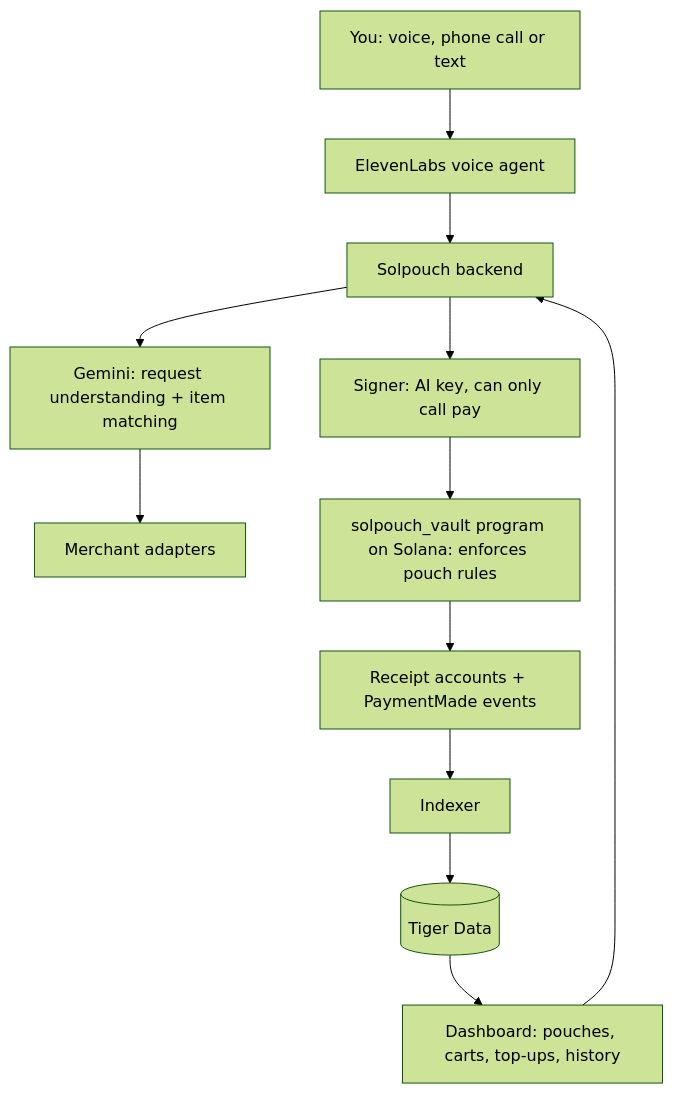
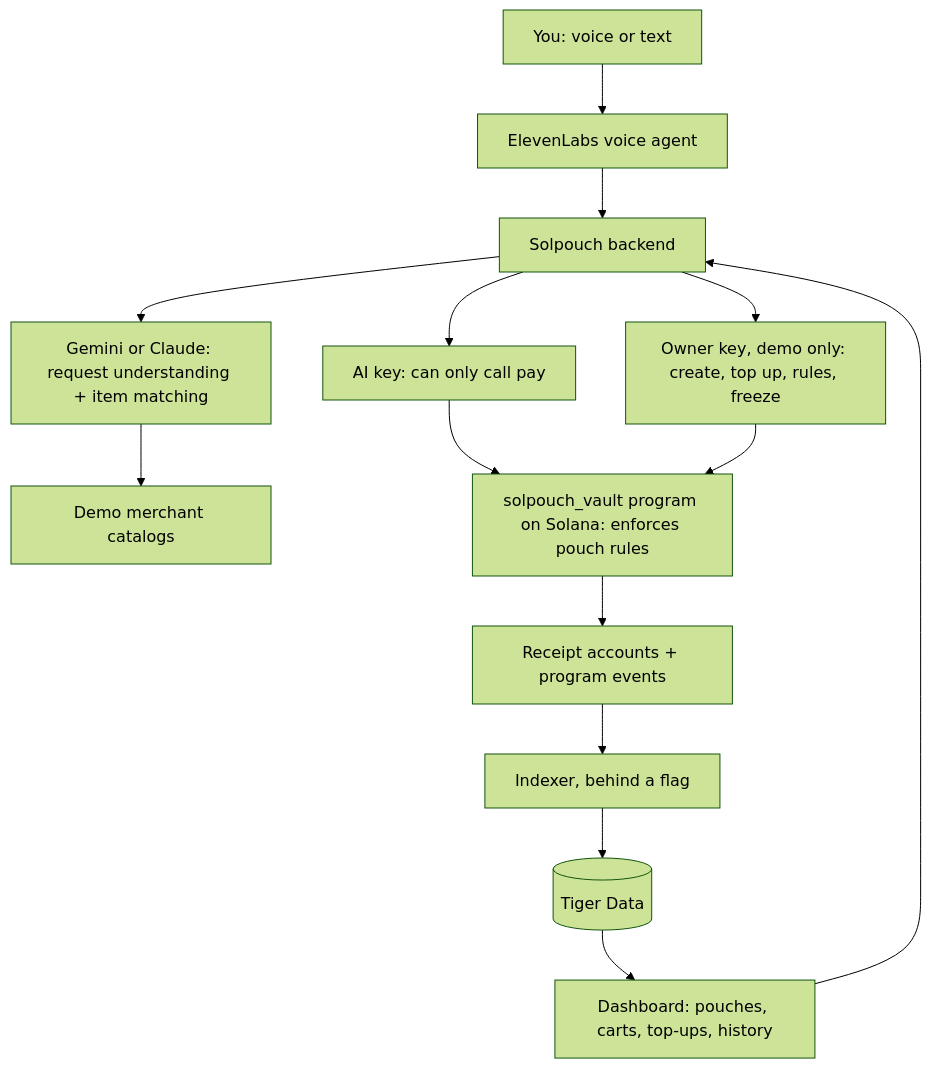
The diagram in README.md (ChrissyAFK/Solpouch), drawn with Mermaid (forest theme) before and after one commit. The commit also changed other lines of this file, not shown here.

````diff
--- a/README.md
+++ b/README.md
@@ -73,14 +76,16 @@
 ```mermaid
 flowchart TD
-    U[You: voice, phone call or text] --> V[ElevenLabs voice agent]
+    U[You: voice or text] --> V[ElevenLabs voice agent]
     V --> B[Solpouch backend]
     D[Dashboard: pouches, carts, top-ups, history] --> B
-    B --> G[Gemini: request understanding + item matching]
-    G --> M[Merchant adapters]
-    B --> S[Signer: AI key, can only call pay]
+    B --> G[Gemini or Claude: request understanding + item matching]
+    G --> M[Demo merchant catalogs]
+    B --> S[AI key: can only call pay]
+    B --> O[Owner key, demo only: create, top up, rules, freeze]
     S --> VP[solpouch_vault program on Solana: enforces pouch rules]
-    VP --> R[Receipt accounts + PaymentMade events]
-    R --> I[Indexer]
+    O --> VP
+    VP --> R[Receipt accounts + program events]
+    R --> I[Indexer, behind a flag]
     I --> T[(Tiger Data)]
     T --> D
 ```
````
